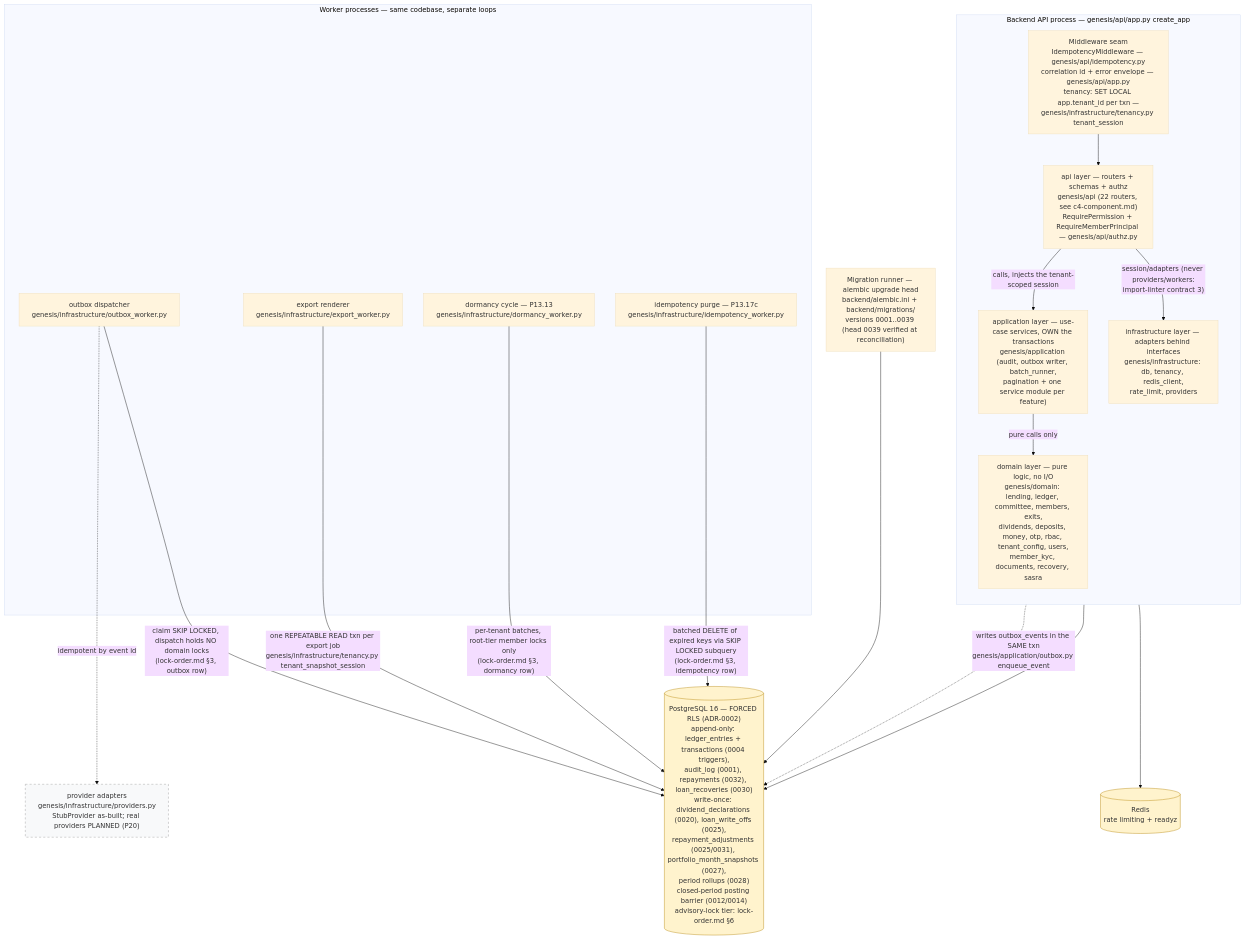
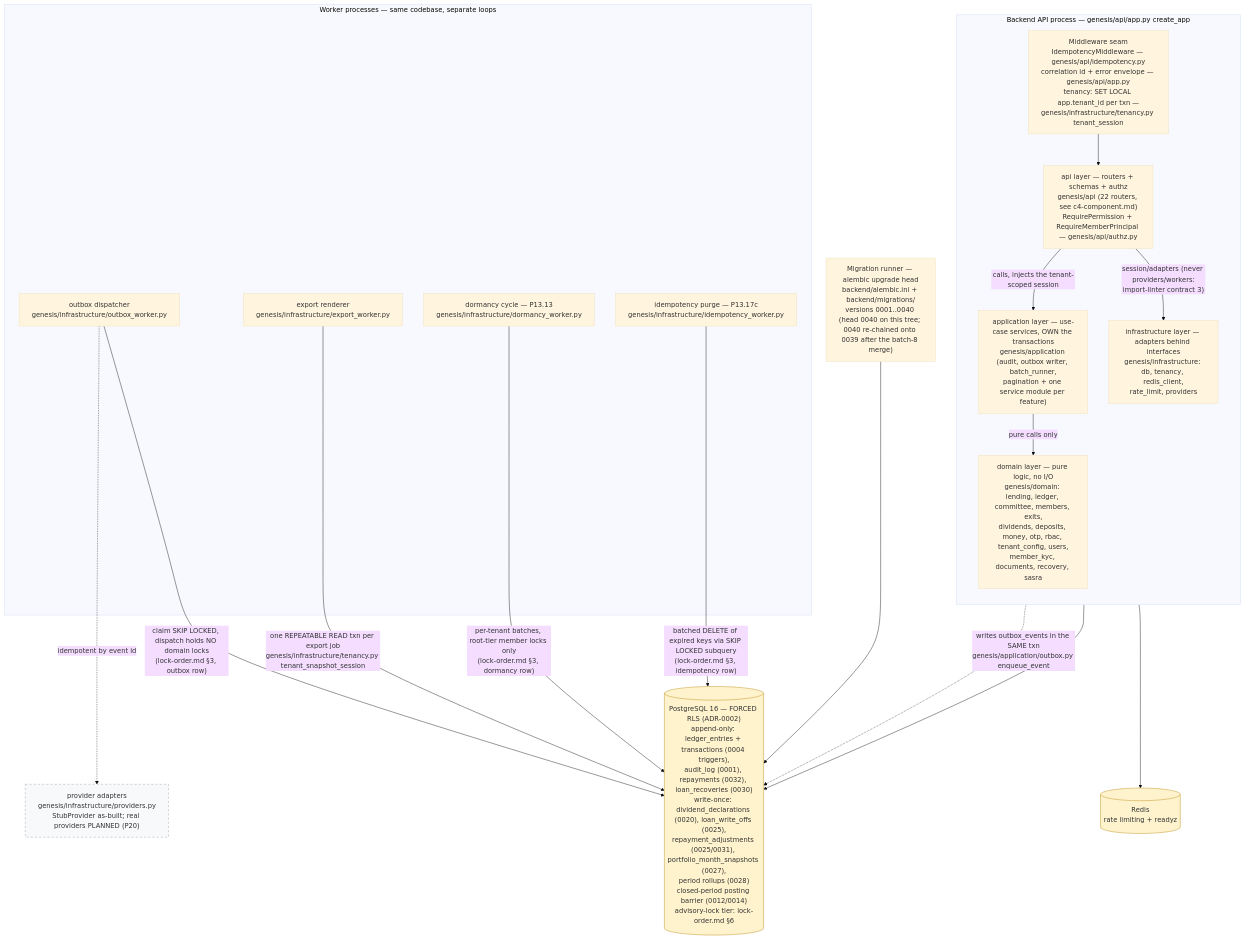
The diagram in docs/diagrams/c4-container.md (Benson-Kim/genesis-sacco), drawn with Mermaid (base theme) before and after one commit. The commit also changed other lines of this file and 26 other files, not shown here.

````diff
--- a/docs/diagrams/c4-container.md
+++ b/docs/diagrams/c4-container.md
@@ -39,45 +50,45 @@
 ```mermaid
 flowchart TB
     %% Authored against main @ 08541b860f1445b16c342c39b6606d86b9dbeb17
     %% L2 containers — layering per backend/pyproject.toml [tool.importlinter].
 
     subgraph BE["Backend API process — genesis/api/app.py create_app"]
         direction TB
         MW["Middleware seam<br/>IdempotencyMiddleware — genesis/api/idempotency.py<br/>correlation id + error envelope — genesis/api/app.py<br/>tenancy: SET LOCAL app.tenant_id per txn —<br/>genesis/infrastructure/tenancy.py tenant_session"]
         APIL["api layer — routers + schemas + authz<br/>genesis/api (22 routers, see c4-component.md)<br/>RequirePermission + RequireMemberPrincipal — genesis/api/authz.py"]
         APPL["application layer — use-case services, OWN the transactions<br/>genesis/application (audit, outbox writer, batch_runner,<br/>pagination + one service module per feature)"]
         DOM["domain layer — pure logic, no I/O<br/>genesis/domain: lending, ledger, committee, members, exits,<br/>dividends, deposits, money, otp, rbac, tenant_config, users,<br/>member_kyc, documents, recovery, sasra"]
         INF["infrastructure layer — adapters behind interfaces<br/>genesis/infrastructure: db, tenancy, redis_client,<br/>rate_limit, providers"]
         MW --> APIL
         APIL -->|"calls, injects the tenant-scoped session"| APPL
         APPL -->|"pure calls only"| DOM
         APIL -->|"session/adapters (never providers/workers:<br/>import-linter contract 3)"| INF
     end
 
     subgraph WK["Worker processes — same codebase, separate loops"]
         OBW["outbox dispatcher<br/>genesis/infrastructure/outbox_worker.py"]
         EXW["export renderer<br/>genesis/infrastructure/export_worker.py"]
         DMW["dormancy cycle — P13.13<br/>genesis/infrastructure/dormancy_worker.py"]
         IDW["idempotency purge — P13.17c<br/>genesis/infrastructure/idempotency_worker.py"]
     end
 
-    MIG["Migration runner — alembic upgrade head<br/>backend/alembic.ini + backend/migrations/<br/>versions 0001..0039 (head 0039 verified at reconciliation)"]
+    MIG["Migration runner — alembic upgrade head<br/>backend/alembic.ini + backend/migrations/<br/>versions 0001..0040 (head 0040 on this tree; 0040 re-chained onto 0039 after the batch-8 merge)"]
 
     PG[("PostgreSQL 16 — FORCED RLS (ADR-0002)<br/>append-only: ledger_entries + transactions (0004 triggers),<br/>audit_log (0001), repayments (0032), loan_recoveries (0030)<br/>write-once: dividend_declarations (0020), loan_write_offs (0025),<br/>repayment_adjustments (0025/0031), portfolio_month_snapshots (0027),<br/>period rollups (0028)<br/>closed-period posting barrier (0012/0014)<br/>advisory-lock tier: lock-order.md §6")]
     RD[("Redis<br/>rate limiting + readyz")]
 
     APPL -.->|"writes outbox_events in the SAME txn<br/>genesis/application/outbox.py enqueue_event"| PG
     INF --> PG
     INF --> RD
     OBW -->|"claim SKIP LOCKED, dispatch holds NO domain locks<br/>(lock-order.md §3, outbox row)"| PG
     EXW -->|"one REPEATABLE READ txn per export job<br/>genesis/infrastructure/tenancy.py tenant_snapshot_session"| PG
     DMW -->|"per-tenant batches, root-tier member locks only<br/>(lock-order.md §3, dormancy row)"| PG
     IDW -->|"batched DELETE of expired keys via SKIP LOCKED subquery<br/>(lock-order.md §3, idempotency row)"| PG
     OBW -.->|"idempotent by event id"| PROV["provider adapters<br/>genesis/infrastructure/providers.py<br/>StubProvider as-built; real providers PLANNED (P20)"]
     MIG --> PG
 
     classDef store fill:#fff3cd,stroke:#b8860b;
     class PG,RD store;
     classDef planned fill:#f8f9fa,stroke:#999,stroke-dasharray: 5 5;
     class PROV planned;
 ```
````
